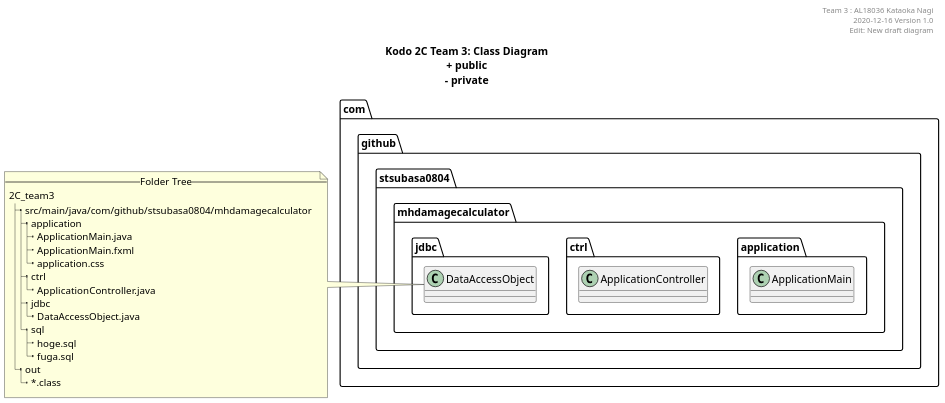
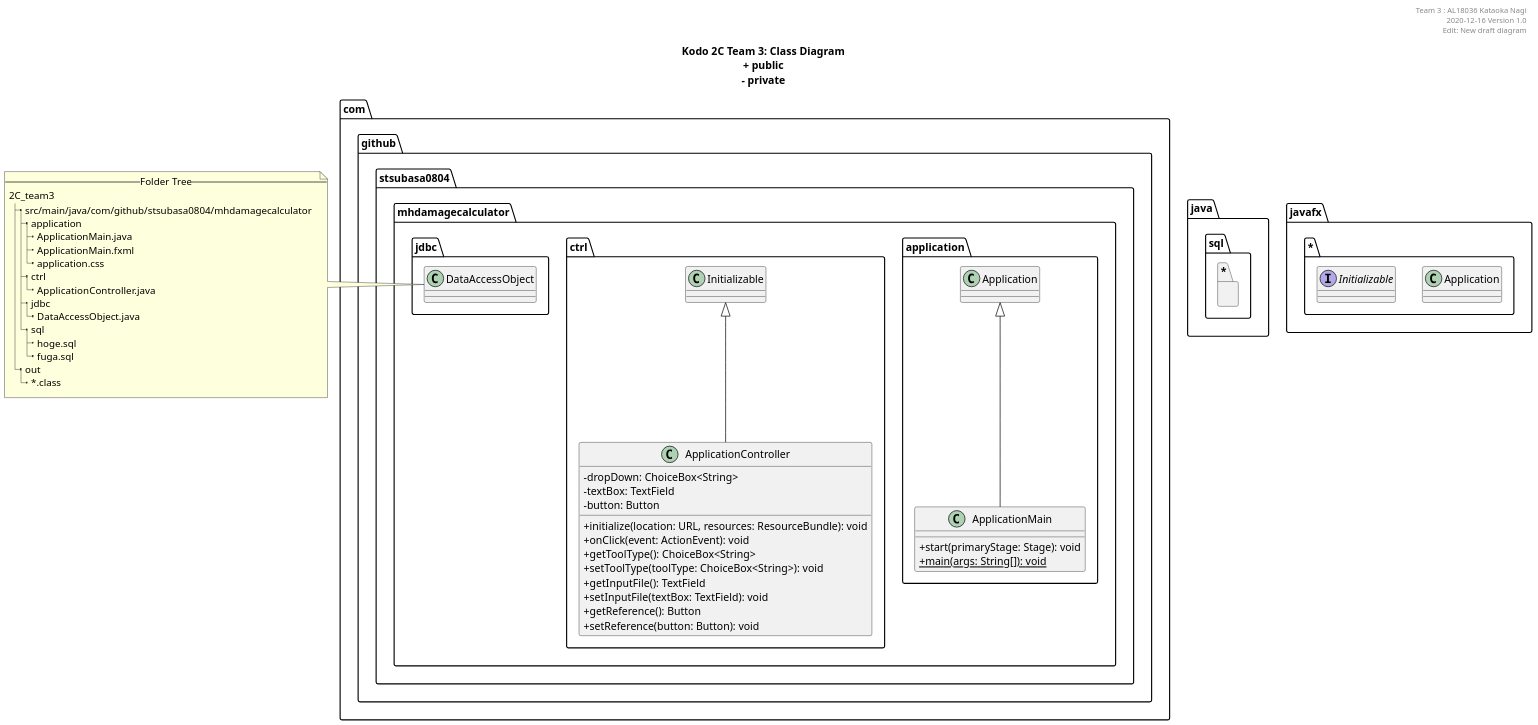
One commit to KataokaNagi/2C_team3 changed the diagram in uml/class_diagram.pu. Above: the diagram before and after it, drawn with PlantUML.

Commit message:
【超初心者向け】JavaFX超入門に関する図を実装

```diff
--- a/uml/class_diagram.pu
+++ b/uml/class_diagram.pu
@@ -44,11 +44,20 @@
   package com.github.stsubasa0804.mhdamagecalculator.jdbc {
   }
 }
-' package java.sql.* {
-' }
+package java.sql.* {
+}
+package javafx.* {
+}
 ' com.github.stsubasa0804.mhdamagecalculator.jdbc +-- java.sql.*
 
 ''''''''''''''''''''''''''''''''''''''''''''''''''''''''''''''''''''''''''''''''
+
+package javafx.* {
+  class Application
+  Interface Initializable
+}
+
+''''''''''''''''''''''''''''''''''''''''''''''''''
 
 ' @note クラスの命名規則
 ' @see  https://qiita.com/KeithYokoma/items/ee21fec6a3ebb5d1e9a8
@@ -56,7 +65,10 @@
 package com.github.stsubasa0804.mhdamagecalculator.application {
   ' @note Scene Builder (GUI tool)
   ' @see  https://qiita.com/tarosa0001/items/05ac653a091b7d1290f9
-  class ApplicationMain
+  class ApplicationMain extends Application {
+    + start(primaryStage: Stage): void
+    + {static} main(args: String[]): void
+  }
 }
 
 ''''''''''''''''''''''''''''''''''''''''''''''''''
@@ -64,7 +76,20 @@
 package com.github.stsubasa0804.mhdamagecalculator.ctrl {
 ' @note Scene Builder (GUI tool)
 ' @see  https://qiita.com/tarosa0001/items/05ac653a091b7d1290f9
-  class ApplicationController
+  class ApplicationController extends Initializable {
+    - dropDown: ChoiceBox<String>
+    - textBox: TextField
+    - button: Button
+
+    + initialize(location: URL, resources: ResourceBundle): void
+    + onClick(event: ActionEvent): void
+    + getToolType(): ChoiceBox<String>
+    + setToolType(toolType: ChoiceBox<String>): void
+    + getInputFile(): TextField
+    + setInputFile(textBox: TextField): void
+    + getReference(): Button
+    + setReference(button: Button): void
+  }
 }
 
 ''''''''''''''''''''''''''''''''''''''''''''''''''
```
